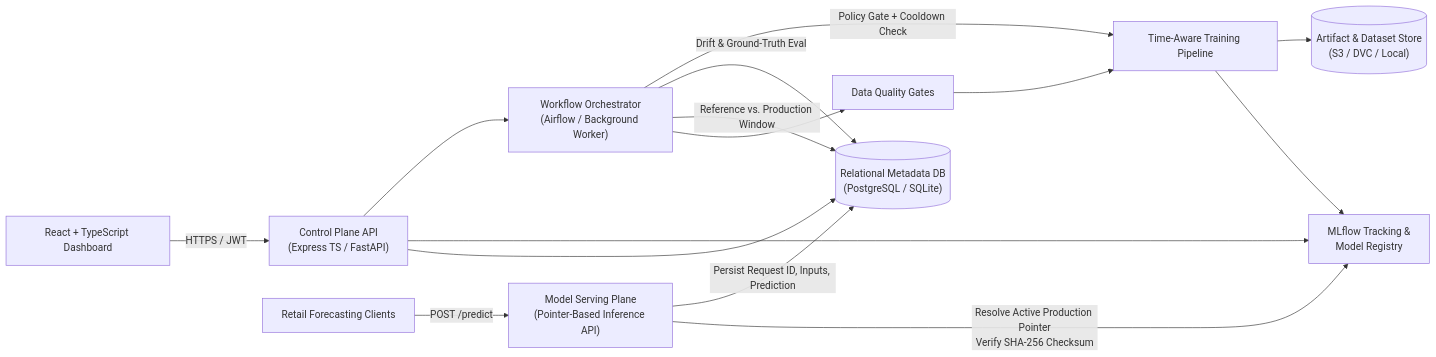
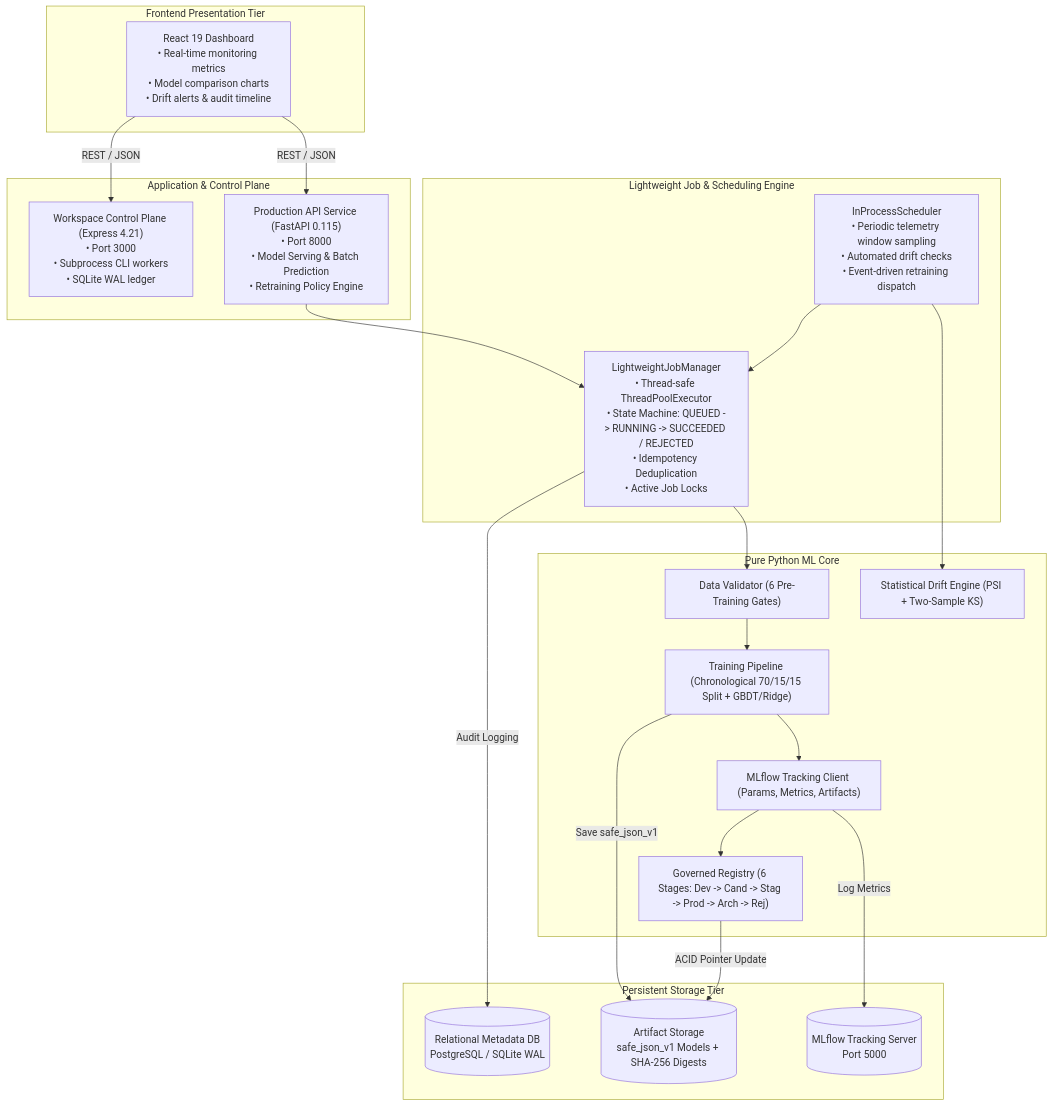
Before and after one commit to Chirag240105/MlOps360: the diagram in docs/architecture.md, drawn with Mermaid. The commit also changed other lines of this file and 45 other files, not shown here.

````diff
--- a/docs/architecture.md
+++ b/docs/architecture.md
@@ -5,21 +7,41 @@
 ```mermaid
-flowchart LR
-    UI["React + TypeScript Dashboard"] -->|HTTPS / JWT| CP["Control Plane API\n(Express TS / FastAPI)"]
-    CLIENT["Retail Forecasting Clients"] -->|POST /predict| SRV["Model Serving Plane\n(Pointer-Based Inference API)"]
+graph TD
+    subgraph UI ["Frontend Presentation Tier"]
+        Dashboard["React 19 Dashboard<br/>• Real-time monitoring metrics<br/>• Model comparison charts<br/>• Drift alerts & audit timeline"]
+    end
 
-    CP --> DB[("Relational Metadata DB\n(PostgreSQL / SQLite)")]
-    CP --> MLF["MLflow Tracking &\nModel Registry"]
-    CP --> ORCH["Workflow Orchestrator\n(Airflow / Background Worker)"]
+    subgraph API ["Application & Control Plane"]
+        Express["Workspace Control Plane (Express 4.21)<br/>• Port 3000<br/>• Subprocess CLI workers<br/>• SQLite WAL ledger"]
+        FastAPI["Production API Service (FastAPI 0.115)<br/>• Port 8000<br/>• Model Serving & Batch Prediction<br/>• Retraining Policy Engine"]
+    end
 
-    ORCH --> VAL["Data Quality Gates"]
-    VAL --> TRN["Time-Aware Training Pipeline"]
-    TRN --> MLF
-    TRN --> STORE[("Artifact & Dataset Store\n(S3 / DVC / Local)")]
+    subgraph JobLayer ["Lightweight Job & Scheduling Engine"]
+        JobMgr["LightweightJobManager<br/>• Thread-safe ThreadPoolExecutor<br/>• State Machine: QUEUED -> RUNNING -> SUCCEEDED / REJECTED<br/>• Idempotency Deduplication<br/>• Active Job Locks"]
+        Scheduler["InProcessScheduler<br/>• Periodic telemetry window sampling<br/>• Automated drift checks<br/>• Event-driven retraining dispatch"]
+    end
 
-    SRV -->|Resolve Active Production Pointer\nVerify SHA-256 Checksum| MLF
-    SRV -->|Persist Request ID, Inputs, Prediction| DB
+    subgraph MLEngine ["Pure Python ML Core"]
+        Validator["Data Validator (6 Pre-Training Gates)"]
+        Trainer["Training Pipeline (Chronological 70/15/15 Split + GBDT/Ridge)"]
+        Tracker["MLflow Tracking Client (Params, Metrics, Artifacts)"]
+        DriftEngine["Statistical Drift Engine (PSI + Two-Sample KS)"]
+        Registry["Governed Registry (6 Stages: Dev -> Cand -> Stag -> Prod -> Arch -> Rej)"]
+    end
 
-    ORCH -->|Reference vs. Production Window| DB
-    ORCH -->|Drift & Ground-Truth Eval| DB
-    ORCH -->|Policy Gate + Cooldown Check| TRN
+    subgraph Storage ["Persistent Storage Tier"]
+        DB[("Relational Metadata DB<br/>PostgreSQL / SQLite WAL")]
+        Artifacts[("Artifact Storage<br/>safe_json_v1 Models + SHA-256 Digests")]
+        MLflowStore[("MLflow Tracking Server<br/>Port 5000")]
+    end
+
+    Dashboard -->|REST / JSON| Express
+    Dashboard -->|REST / JSON| FastAPI
+    FastAPI --> JobMgr
+    Scheduler --> JobMgr
+    JobMgr --> Validator --> Trainer --> Tracker --> Registry
+    Scheduler --> DriftEngine
+    Trainer -->|Save safe_json_v1| Artifacts
+    Tracker -->|Log Metrics| MLflowStore
+    Registry -->|ACID Pointer Update| Artifacts
+    JobMgr -->|Audit Logging| DB
 ```
````
